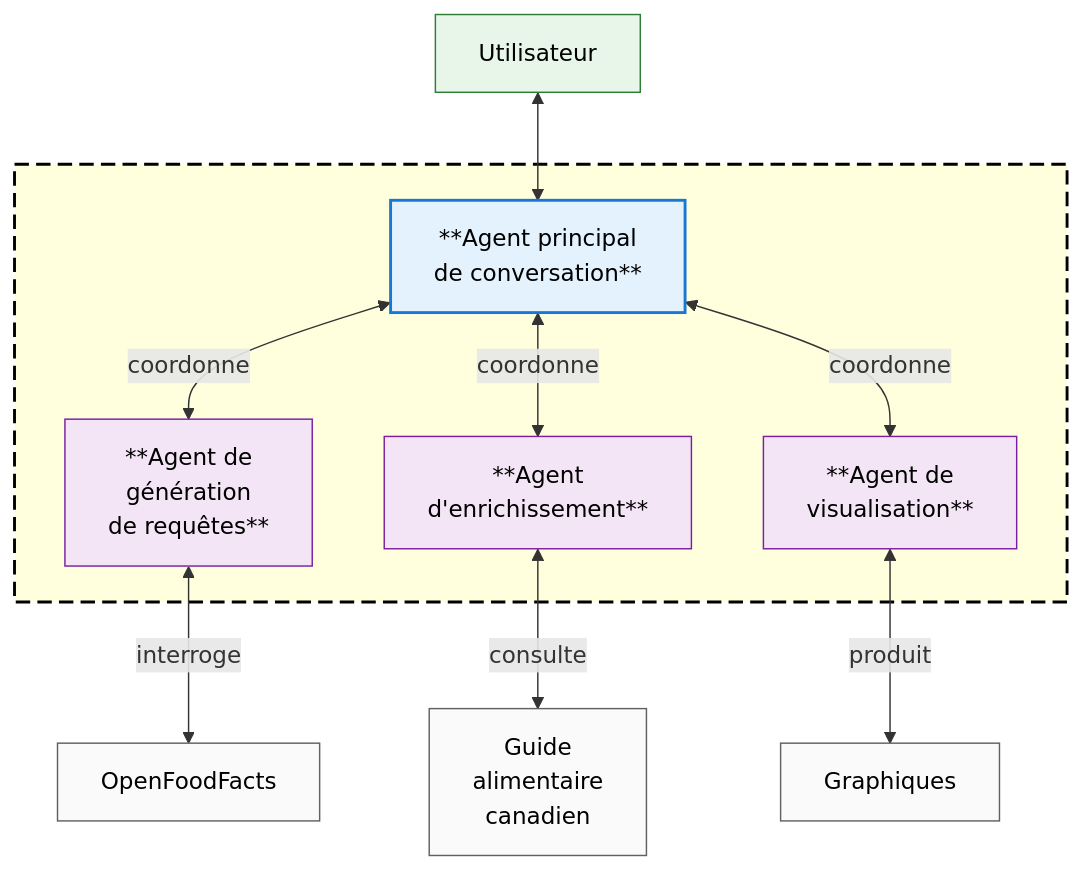
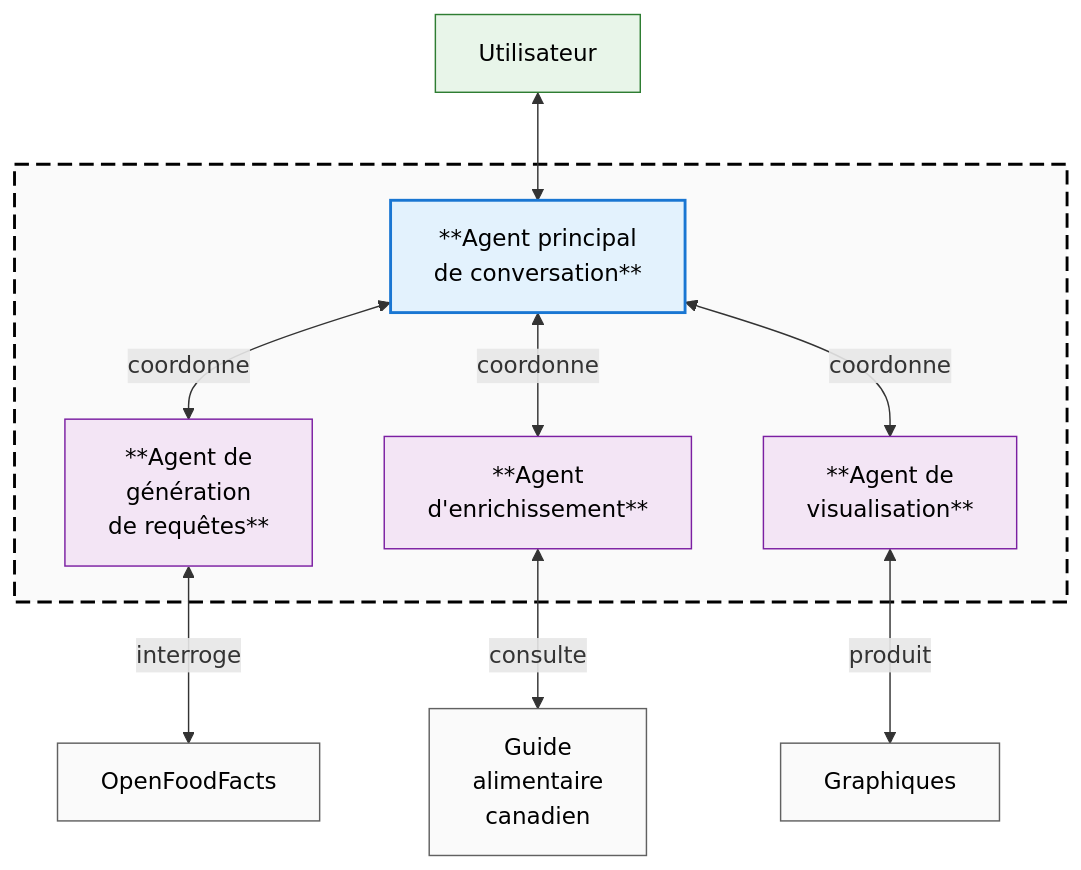
The second of 2 diagrams in docs/markdown/plan.md (boisalai/ift-6005), drawn with Mermaid before and after one commit.

````diff
--- a/docs/markdown/plan.md
+++ b/docs/markdown/plan.md
@@ -93,32 +93,32 @@
 ```mermaid
 graph TD
     %% Définition de classes
     classDef main fill:#e3f2fd,stroke:#1976d2,color:#000000,stroke-width:2px
     classDef agent fill:#f3e5f5,stroke:#7b1fa2,color:#000000
     classDef resource fill:#fafafa,stroke:#616161,color:#000000
     classDef user fill:#e8f5e9,stroke:#2e7d32,color:#000000
-    classDef system_border stroke:#000000,stroke-width:2px,stroke-dasharray:10 5
+    classDef system_border stroke:#000000,stroke-width:2px,stroke-dasharray:10 5,fill:#fafafa
 
     U["Utilisateur"] <--> MA
 
     subgraph S[ ]
         MA["**Agent principal<br>de conversation**"]
         A1["**Agent de<br>génération<br>de requêtes**"]
         A2["**Agent<br>d'enrichissement**"]
         A3["**Agent de<br>visualisation**"]
         
         MA <-->|coordonne| A1
         MA <-->|coordonne| A2
         MA <-->|coordonne| A3
     end
     
     A1 <-->|interroge| DB["OpenFoodFacts"]
     A2 <-->|consulte| GAC["Guide<br>alimentaire<br>canadien"]
     A3 <-->|produit| V["Graphiques"]
     
     class MA main
     class A1,A2,A3 agent
     class DB,GAC,V resource
     class U user
     class S system_border
 ```
````
